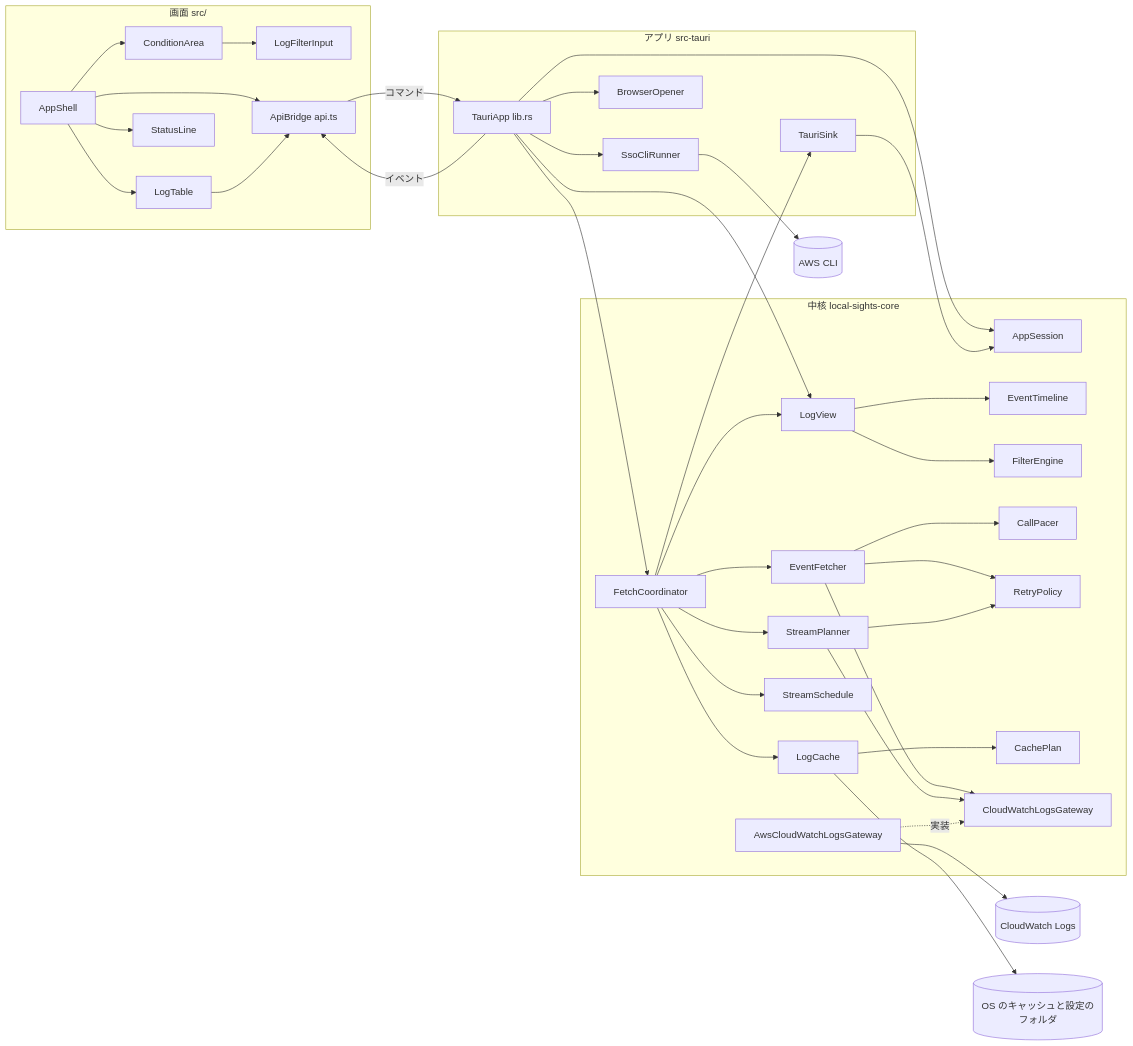
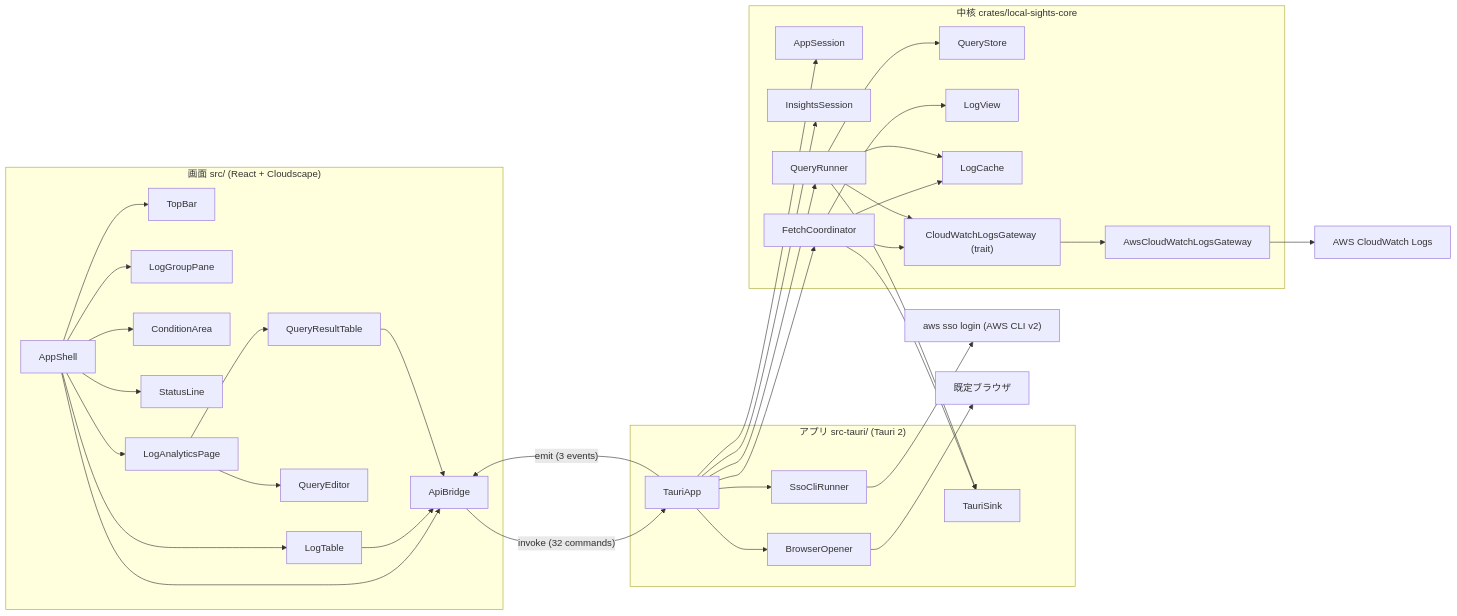
Before and after one commit to kdnakt/local-sights: the first of 6 diagrams in aidlc/spaces/default/codekb/local-sights/architecture.md, drawn with Mermaid. The commit also changed other lines of this file and 78 other files, not shown here.

````diff
--- a/aidlc/spaces/default/codekb/local-sights/architecture.md
+++ b/aidlc/spaces/default/codekb/local-sights/architecture.md
@@ -28,69 +25,53 @@
 ```mermaid
 flowchart LR
-  subgraph Screen["画面 src/"]
-    AppShell["AppShell"]
-    ConditionArea["ConditionArea"]
-    LogFilterInput["LogFilterInput"]
-    LogTable["LogTable"]
-    StatusLine["StatusLine"]
-    ApiBridge["ApiBridge api.ts"]
+  subgraph Screen["画面 src/ (React + Cloudscape)"]
+    AppShell --> TopBar
+    AppShell --> LogGroupPane
+    AppShell --> ConditionArea
+    AppShell --> LogTable
+    AppShell --> StatusLine
+    AppShell --> LogAnalyticsPage
+    LogAnalyticsPage --> QueryEditor
+    LogAnalyticsPage --> QueryResultTable
+    AppShell --> ApiBridge
+    LogTable --> ApiBridge
+    QueryResultTable --> ApiBridge
   end
-  subgraph App["アプリ src-tauri"]
-    TauriApp["TauriApp lib.rs"]
-    TauriSink["TauriSink"]
-    SsoCliRunner["SsoCliRunner"]
-    BrowserOpener["BrowserOpener"]
+  subgraph App["アプリ src-tauri/ (Tauri 2)"]
+    TauriApp
+    TauriSink
+    SsoCliRunner
+    BrowserOpener
   end
-  subgraph Core["中核 local-sights-core"]
-    AppSession["AppSession"]
-    LogView["LogView"]
-    EventTimeline["EventTimeline"]
-    FilterEngine["FilterEngine"]
-    FetchCoordinator["FetchCoordinator"]
-    StreamPlanner["StreamPlanner"]
-    EventFetcher["EventFetcher"]
-    StreamSchedule["StreamSchedule"]
-    CallPacer["CallPacer"]
-    RetryPolicy["RetryPolicy"]
-    LogCache["LogCache"]
-    CachePlan["CachePlan"]
-    Gateway["CloudWatchLogsGateway"]
+  subgraph Core["中核 crates/local-sights-core"]
+    AppSession
+    InsightsSession
+    FetchCoordinator
+    QueryRunner
+    QueryStore
+    LogView
+    LogCache
+    Gateway["CloudWatchLogsGateway (trait)"]
     AwsGateway["AwsCloudWatchLogsGateway"]
   end
-  AWS[("CloudWatch Logs")]
-  Disk[("OS のキャッシュと設定のフォルダ")]
-  CLI[("AWS CLI")]
-
-  AppShell --> ConditionArea
-  ConditionArea --> LogFilterInput
-  AppShell --> LogTable
-  AppShell --> StatusLine
-  AppShell --> ApiBridge
-  LogTable --> ApiBridge
-  ApiBridge -- "コマンド" --> TauriApp
-  TauriApp -- "イベント" --> ApiBridge
+  ApiBridge -- "invoke (32 commands)" --> TauriApp
+  TauriApp -- "emit (3 events)" --> ApiBridge
   TauriApp --> AppSession
-  TauriApp --> LogView
+  TauriApp --> InsightsSession
   TauriApp --> FetchCoordinator
+  TauriApp --> QueryRunner
   TauriApp --> SsoCliRunner
   TauriApp --> BrowserOpener
   FetchCoordinator --> TauriSink
-  TauriSink --> AppSession
-  LogView --> EventTimeline
-  LogView --> FilterEngine
+  QueryRunner --> TauriSink
   FetchCoordinator --> LogView
-  FetchCoordinator --> StreamPlanner
-  FetchCoordinator --> EventFetcher
-  FetchCoordinator --> StreamSchedule
   FetchCoordinator --> LogCache
-  EventFetcher --> CallPacer
-  EventFetcher --> RetryPolicy
-  StreamPlanner --> RetryPolicy
-  EventFetcher --> Gateway
-  StreamPlanner --> Gateway
-  LogCache --> CachePlan
-  AwsGateway -.->|"実装"| Gateway
-  AwsGateway --> AWS
-  LogCache --> Disk
-  SsoCliRunner --> CLI
+  QueryRunner --> QueryStore
+  QueryRunner --> LogCache
+  FetchCoordinator --> Gateway
+  QueryRunner --> Gateway
+  Gateway --> AwsGateway
+  AwsGateway --> AWS["AWS CloudWatch Logs"]
+  SsoCliRunner --> CLI["aws sso login (AWS CLI v2)"]
+  BrowserOpener --> Browser["既定ブラウザ"]
 ```
````
